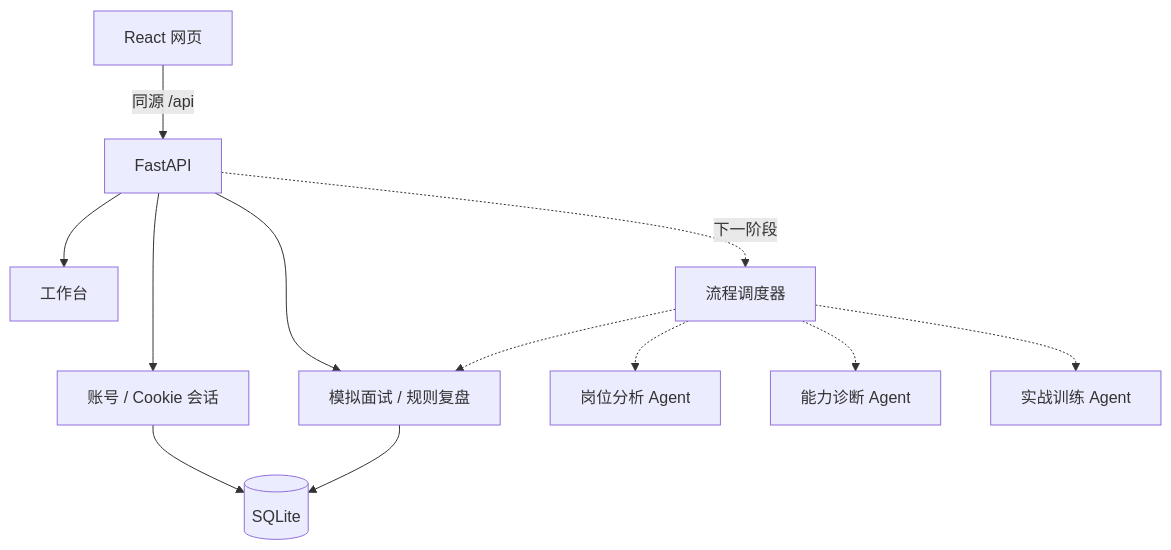
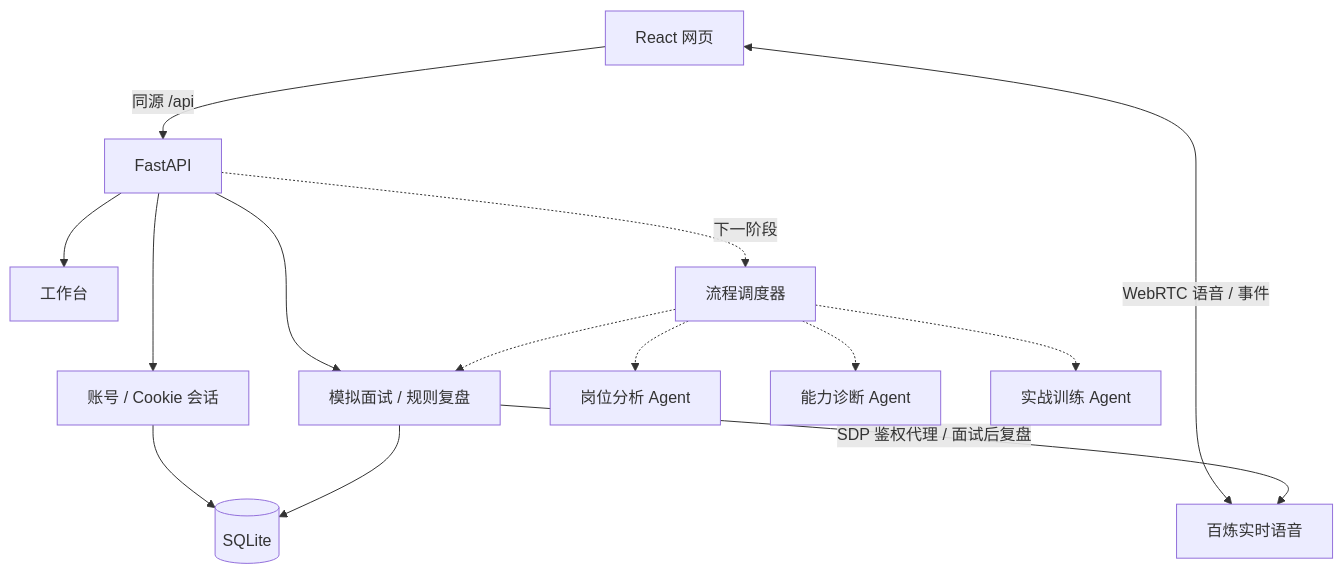
Before and after one commit to nnfgl/offer-route: the diagram in docs/architecture.md, drawn with Mermaid. The commit also changed other lines of this file and 22 other files, not shown here.

````diff
--- a/docs/architecture.md
+++ b/docs/architecture.md
@@ -3,14 +3,16 @@
 ```mermaid
 flowchart TD
     Browser[React 网页] -->|同源 /api| API[FastAPI]
     API --> Auth[账号 / Cookie 会话]
     API --> Workspace[工作台]
     Auth --> DB[(SQLite)]
     API --> Interview[模拟面试 / 规则复盘]
     Interview --> DB
+    Browser <-->|WebRTC 语音 / 事件| VoiceCloud[百炼实时语音]
+    Interview -->|SDP 鉴权代理 / 面试后复盘| VoiceCloud
     API -. 下一阶段 .-> Flow[流程调度器]
     Flow -.-> Job[岗位分析 Agent]
     Flow -.-> Diagnosis[能力诊断 Agent]
     Flow -.-> Training[实战训练 Agent]
     Flow -.-> Interview
 ```
````
